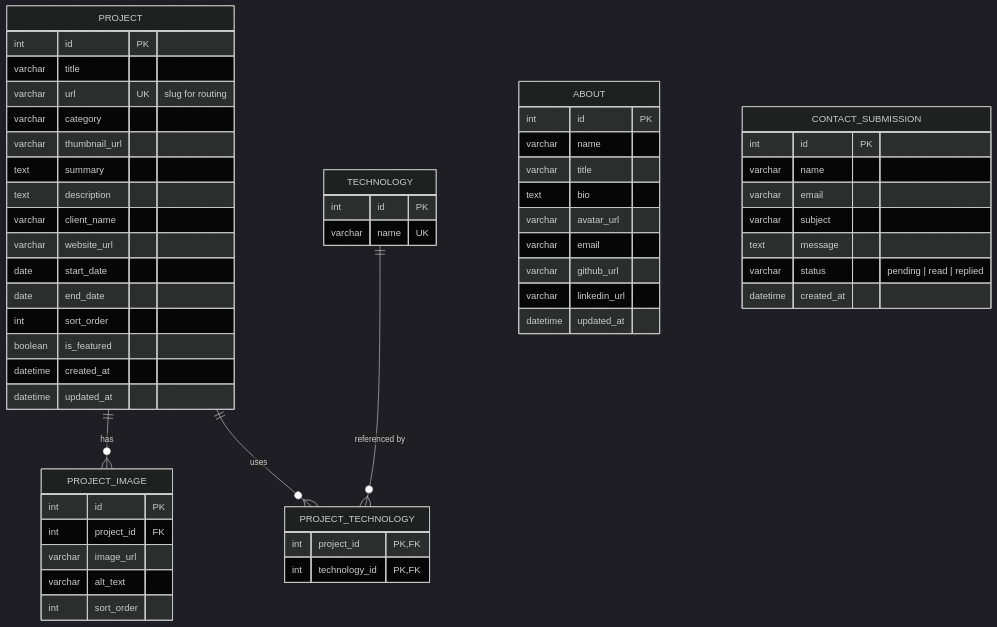
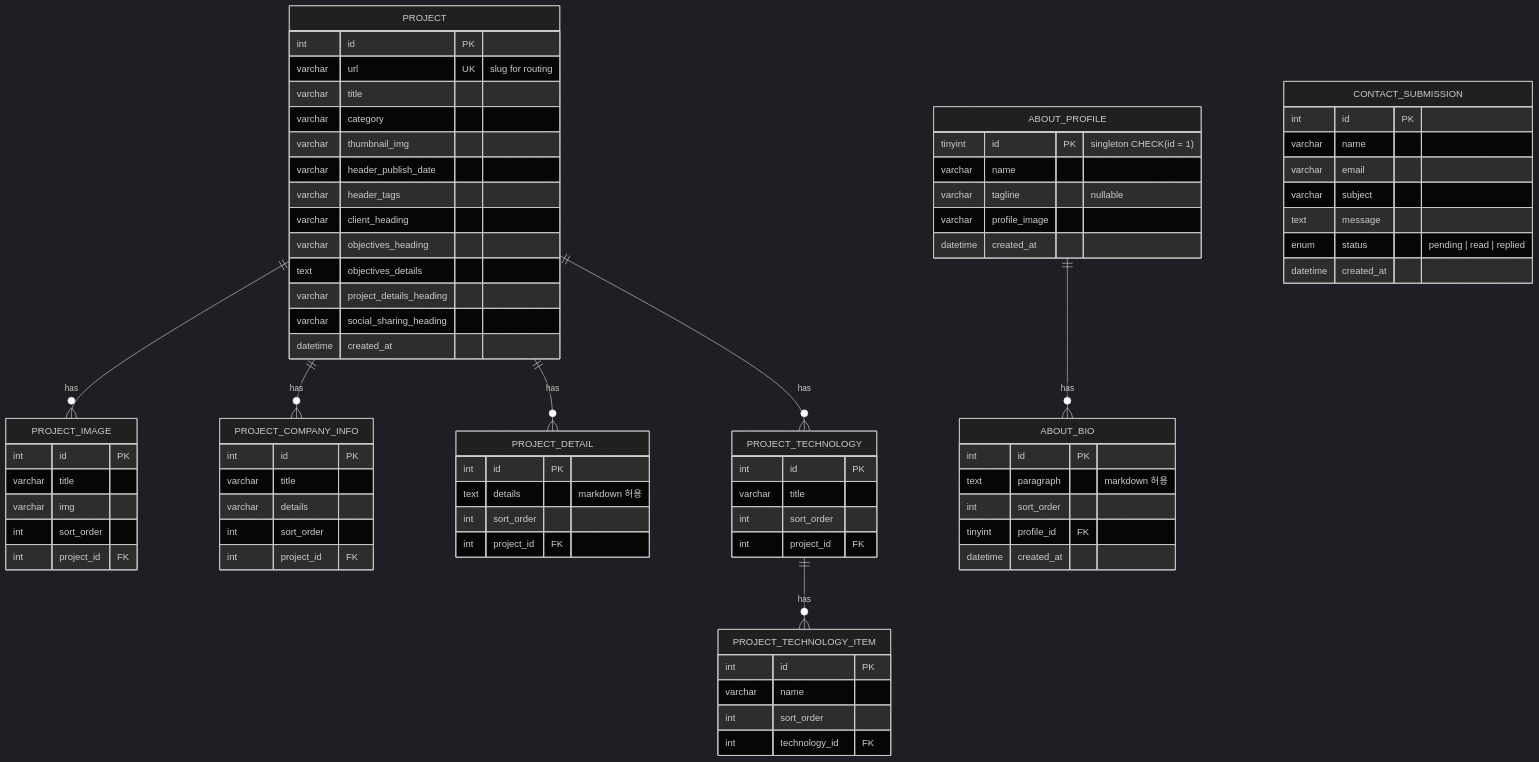
Before and after one commit to LLagoon3/Portfolio-Project: the diagram in docs/database-erd.md, drawn with Mermaid (dark theme). The commit also changed other lines of this file, not shown here.

Commit message:
docs(api): ERD 를 실제 구현과 ABOUT 테이블 반영으로 재작성
기존 database-erd.md 는 초기 설계 제안서 상태로 남아있어 실제 엔티티와
어긋났다 (존재하지 않는 TECHNOLOGY 테이블, 다른 컬럼 구성, 구식 ABOUT
설계). 현재 migration 기준 실제 스키마와 일치하도록 전면 갱신한다.

- PROJECT 계열(PROJECT_COMPANY_INFO, PROJECT_DETAIL, PROJECT_TECHNOLOGY,
  PROJECT_TECHNOLOGY_ITEM) 반영 및 관계선 재구성
- ABOUT_PROFILE ||--o{ ABOUT_BIO 신설. singleton CHECK 표기 명시
- 스키마 이력 섹션 추가: InitialSchema, AddAboutTables 적용 순서 기록
- 테이블 설명을 실제 필드 의미 기준으로 재작성 (Company info 의 URL 자동
  링크 동작 등 프론트 연계 내용 포함)

Refs: #10

````diff
--- a/docs/database-erd.md
+++ b/docs/database-erd.md
@@ -10,55 +10,80 @@
 ```mermaid
 erDiagram
     PROJECT ||--o{ PROJECT_IMAGE : has
-    PROJECT ||--o{ PROJECT_TECHNOLOGY : uses
-    TECHNOLOGY ||--o{ PROJECT_TECHNOLOGY : "referenced by"
+    PROJECT ||--o{ PROJECT_COMPANY_INFO : has
+    PROJECT ||--o{ PROJECT_DETAIL : has
+    PROJECT ||--o{ PROJECT_TECHNOLOGY : has
+    PROJECT_TECHNOLOGY ||--o{ PROJECT_TECHNOLOGY_ITEM : has
+
+    ABOUT_PROFILE ||--o{ ABOUT_BIO : has
 
     PROJECT {
         int id PK
+        varchar url UK "slug for routing"
         varchar title
-        varchar url UK "slug for routing"
         varchar category
-        varchar thumbnail_url
-        text summary
-        text description
-        varchar client_name
-        varchar website_url
-        date start_date
-        date end_date
-        int sort_order
-        boolean is_featured
+        varchar thumbnail_img
+        varchar header_publish_date
+        varchar header_tags
+        varchar client_heading
+        varchar objectives_heading
+        text objectives_details
+        varchar project_details_heading
+        varchar social_sharing_heading
         datetime created_at
-        datetime updated_at
     }
 
     PROJECT_IMAGE {
         int id PK
+        varchar title
+        varchar img
+        int sort_order
         int project_id FK
-        varchar image_url
-        varchar alt_text
-        int sort_order
     }
 
-    TECHNOLOGY {
+    PROJECT_COMPANY_INFO {
         int id PK
-        varchar name UK
+        varchar title
+        varchar details
+        int sort_order
+        int project_id FK
+    }
+
+    PROJECT_DETAIL {
+        int id PK
+        text details "markdown 허용"
+        int sort_order
+        int project_id FK
     }
 
     PROJECT_TECHNOLOGY {
-        int project_id PK,FK
-        int technology_id PK,FK
+        int id PK
+        varchar title
+        int sort_order
+        int project_id FK
     }
 
-    ABOUT {
+    PROJECT_TECHNOLOGY_ITEM {
         int id PK
         varchar name
-        varchar title
-        text bio
-        varchar avatar_url
-        varchar email
-        varchar github_url
-        varchar linkedin_url
-        datetime updated_at
+        int sort_order
+        int technology_id FK
+    }
+
+    ABOUT_PROFILE {
+        tinyint id PK "singleton CHECK(id = 1)"
+        varchar name
+        varchar tagline "nullable"
+        varchar profile_image
+        datetime created_at
+    }
+
+    ABOUT_BIO {
+        int id PK
+        text paragraph "markdown 허용"
+        int sort_order
+        tinyint profile_id FK
+        datetime created_at
     }
 
     CONTACT_SUBMISSION {
@@ -67,7 +92,7 @@
         varchar email
         varchar subject
         text message
-        varchar status "pending | read | replied"
+        enum status "pending | read | replied"
         datetime created_at
     }
 ```
````
